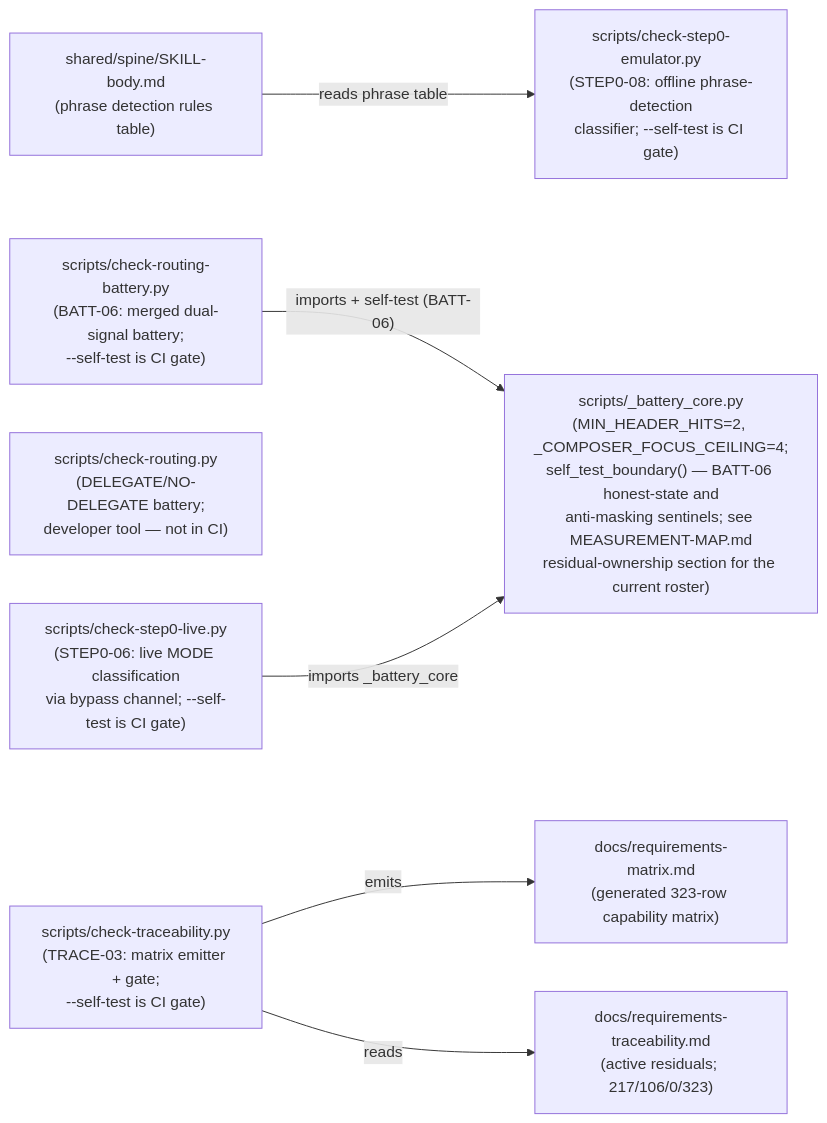
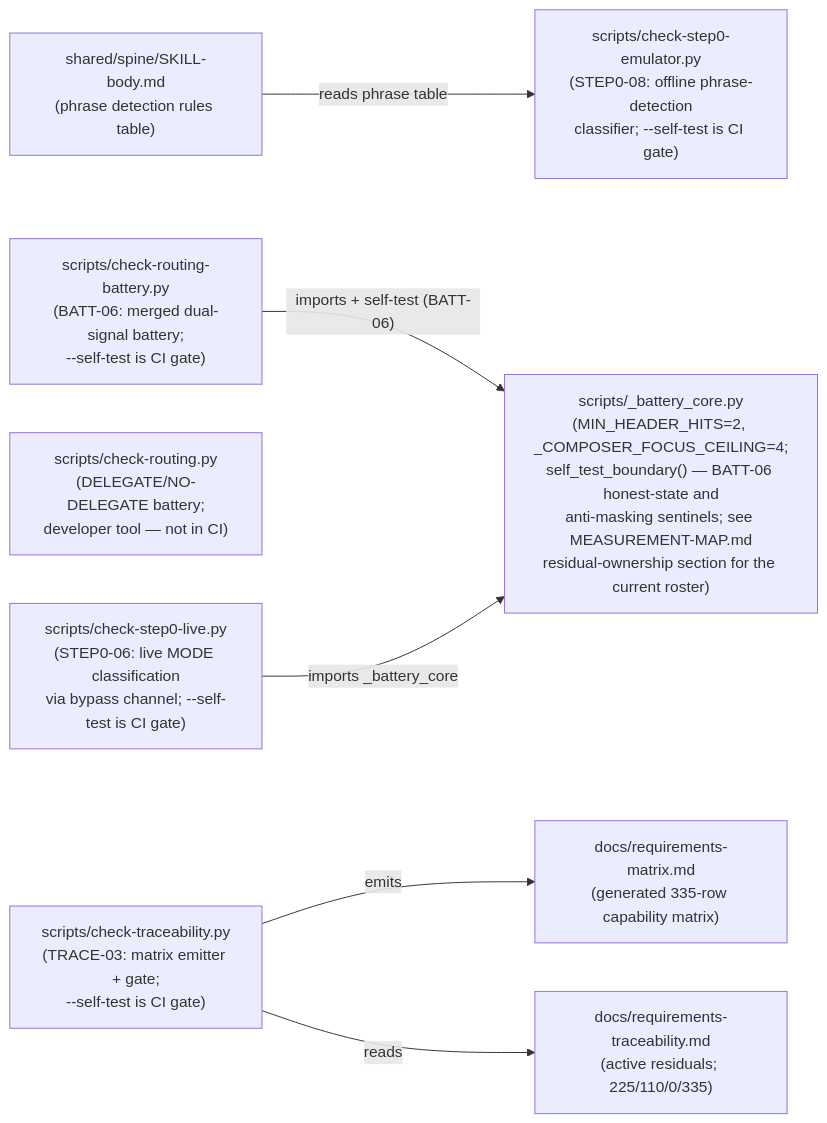
One commit to chrisdavidson/first-principles-skill changed the second of 2 diagrams in docs/COMPONENT-DIAGRAM.md. Above: the diagram before and after it, drawn with Mermaid. The commit also changed 10 other files, not shown here.

````diff
--- a/docs/COMPONENT-DIAGRAM.md
+++ b/docs/COMPONENT-DIAGRAM.md
@@ -84,24 +84,24 @@
 ```mermaid
 flowchart LR
     SKILLBODY["shared/spine/SKILL-body.md\n(phrase detection rules table)"]
 
     CORE["scripts/_battery_core.py\n(MIN_HEADER_HITS=2, _COMPOSER_FOCUS_CEILING=4;\nself_test_boundary() — BATT-06 honest-state and\nanti-masking sentinels; see MEASUREMENT-MAP.md\nresidual-ownership section for the current roster)"]
 
     BATT["scripts/check-routing-battery.py\n(BATT-06: merged dual-signal battery;\n--self-test is CI gate)"]
     ROUTING["scripts/check-routing.py\n(DELEGATE/NO-DELEGATE battery;\ndeveloper tool — not in CI)"]
 
     EMU["scripts/check-step0-emulator.py\n(STEP0-08: offline phrase-detection\nclassifier; --self-test is CI gate)"]
     LIVE["scripts/check-step0-live.py\n(STEP0-06: live MODE classification\nvia bypass channel; --self-test is CI gate)"]
 
     TRACE["scripts/check-traceability.py\n(TRACE-03: matrix emitter + gate;\n--self-test is CI gate)"]
-    MATRIX["docs/requirements-matrix.md\n(generated 323-row capability matrix)"]
-    TRACEABILITY["docs/requirements-traceability.md\n(active residuals; 217/106/0/323)"]
+    MATRIX["docs/requirements-matrix.md\n(generated 335-row capability matrix)"]
+    TRACEABILITY["docs/requirements-traceability.md\n(active residuals; 225/110/0/335)"]
 
     SKILLBODY -->|"reads phrase table"| EMU
 
     BATT -->|"imports + self-test (BATT-06)"| CORE
     LIVE -->|"imports _battery_core"| CORE
 
     TRACE -->|"emits"| MATRIX
     TRACE -->|"reads"| TRACEABILITY
 ```
````
